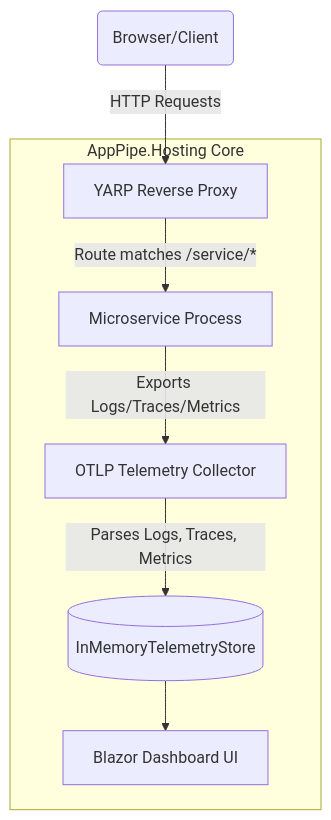
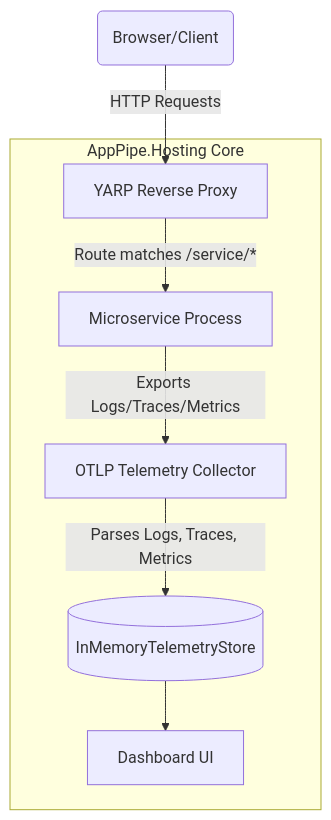
Before and after one commit to SitholeWB/AppPipe.Hosting: the diagram in docs/features-and-options.md, drawn with Mermaid. The commit also changed other lines of this file and 33 other files, not shown here.

````diff
--- a/docs/features-and-options.md
+++ b/docs/features-and-options.md
@@ -14,12 +14,12 @@
 ```mermaid
 graph TD
     Client(Browser/Client) -->|HTTP Requests| YarpProxy[YARP Reverse Proxy]
     
     subgraph AppPipe.Hosting Core
         YarpProxy -->|Route matches /service/*| ChildApp[Microservice Process]
         OTLP[OTLP Telemetry Collector] -->|Parses Logs, Traces, Metrics| TelemetryStore[(InMemoryTelemetryStore)]
-        TelemetryStore --> Dashboard[Blazor Dashboard UI]
+        TelemetryStore --> Dashboard[Dashboard UI]
     end
     
     ChildApp -->|Exports Logs/Traces/Metrics| OTLP
 ```
````
